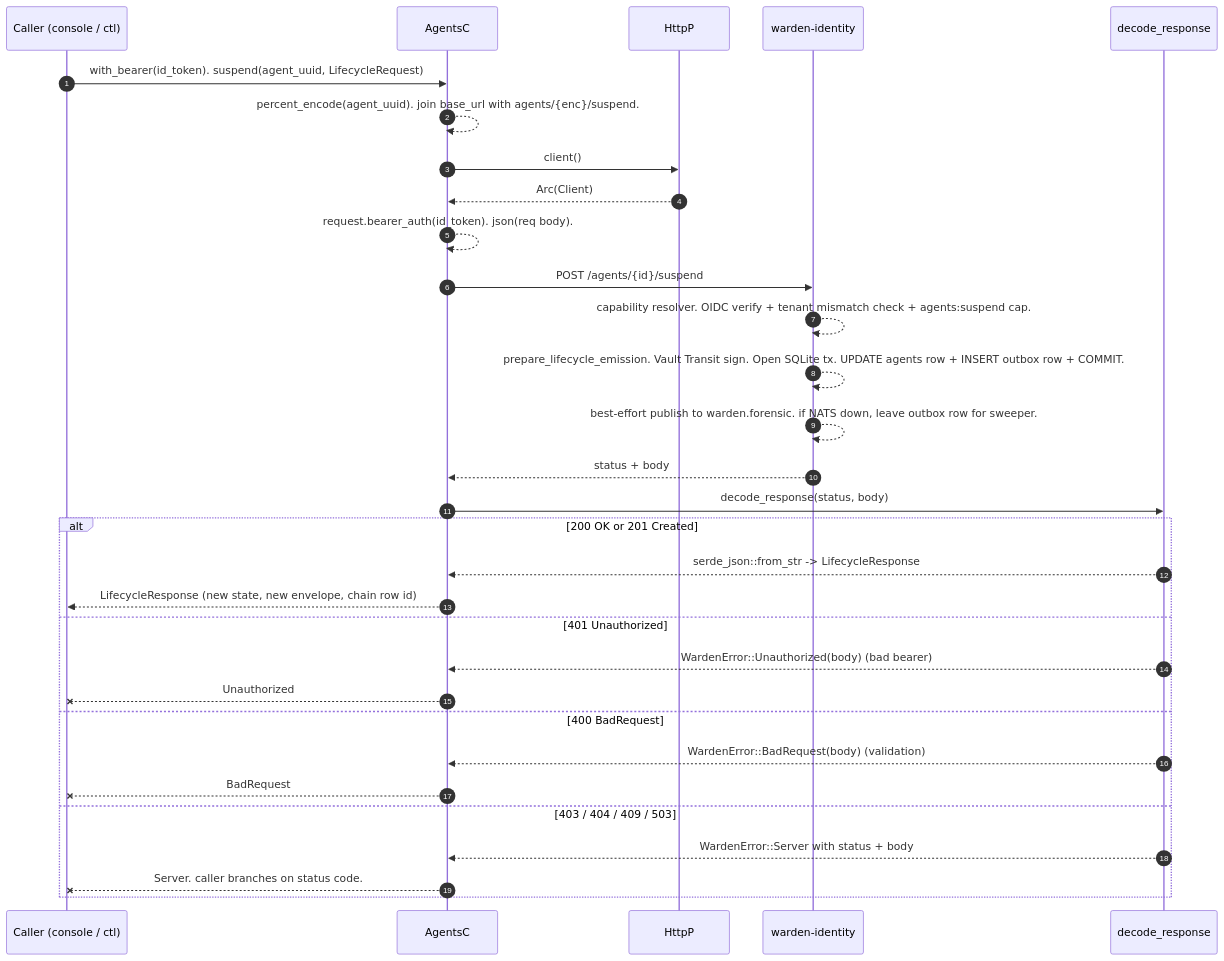
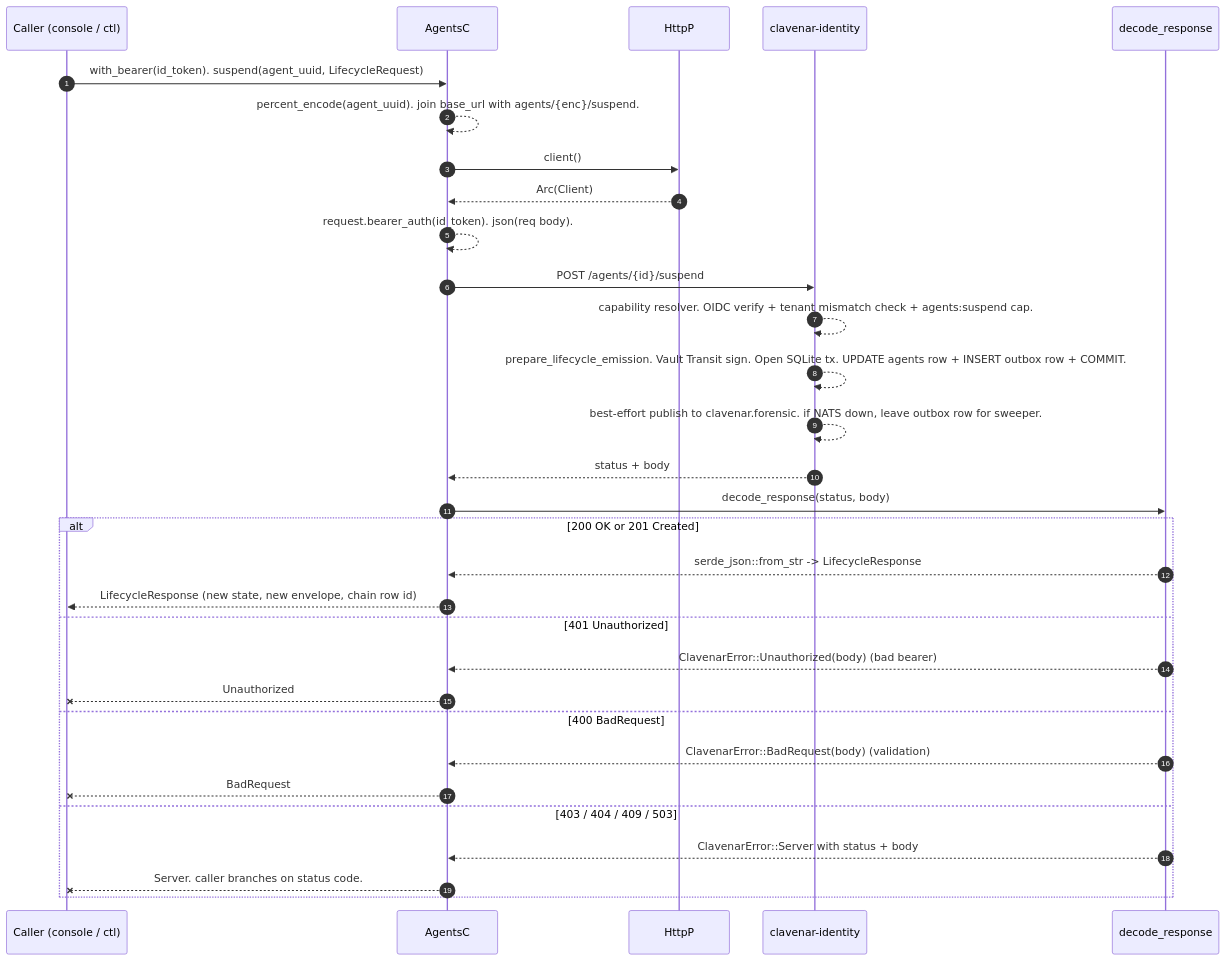
The third of 6 diagrams in docs/SEQUENCES.md (clavenar/clavenar-sdk), drawn with Mermaid before and after one commit. The commit also changed other lines of this file and 16 other files, not shown here.

First line of the commit message:
rename product Agent Warden → Clavenar

````diff
--- a/docs/SEQUENCES.md
+++ b/docs/SEQUENCES.md
@@ -185,37 +185,37 @@
 ```mermaid
 sequenceDiagram
     autonumber
     participant Caller as Caller (console / ctl)
     participant AgentsC
     participant HttpP
-    participant Identity as warden-identity
+    participant Identity as clavenar-identity
     participant Decoder as decode_response
 
     Caller->>AgentsC: with_bearer(id_token). suspend(agent_uuid, LifecycleRequest)
     AgentsC-->>AgentsC: percent_encode(agent_uuid). join base_url with agents/{enc}/suspend.
 
     AgentsC->>HttpP: client()
     HttpP-->>AgentsC: Arc(Client)
     AgentsC-->>AgentsC: request.bearer_auth(id_token). json(req body).
 
     AgentsC->>Identity: POST /agents/{id}/suspend
     Identity-->>Identity: capability resolver. OIDC verify + tenant mismatch check + agents:suspend cap.
     Identity-->>Identity: prepare_lifecycle_emission. Vault Transit sign. Open SQLite tx. UPDATE agents row + INSERT outbox row + COMMIT.
-    Identity-->>Identity: best-effort publish to warden.forensic. if NATS down, leave outbox row for sweeper.
+    Identity-->>Identity: best-effort publish to clavenar.forensic. if NATS down, leave outbox row for sweeper.
 
     Identity-->>AgentsC: status + body
     AgentsC->>Decoder: decode_response(status, body)
     alt 200 OK or 201 Created
         Decoder-->>AgentsC: serde_json::from_str -> LifecycleResponse
         AgentsC-->>Caller: LifecycleResponse (new state, new envelope, chain row id)
     else 401 Unauthorized
-        Decoder-->>AgentsC: WardenError::Unauthorized(body) (bad bearer)
+        Decoder-->>AgentsC: ClavenarError::Unauthorized(body) (bad bearer)
         AgentsC--xCaller: Unauthorized
     else 400 BadRequest
-        Decoder-->>AgentsC: WardenError::BadRequest(body) (validation)
+        Decoder-->>AgentsC: ClavenarError::BadRequest(body) (validation)
         AgentsC--xCaller: BadRequest
     else 403 / 404 / 409 / 503
-        Decoder-->>AgentsC: WardenError::Server with status + body
+        Decoder-->>AgentsC: ClavenarError::Server with status + body
         AgentsC--xCaller: Server. caller branches on status code.
     end
 ```
````
